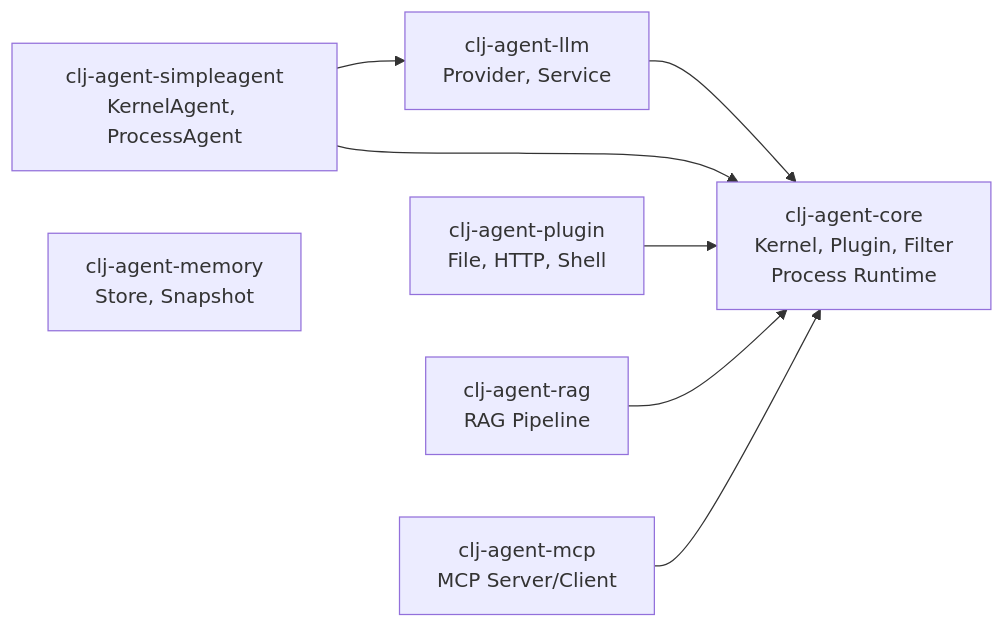
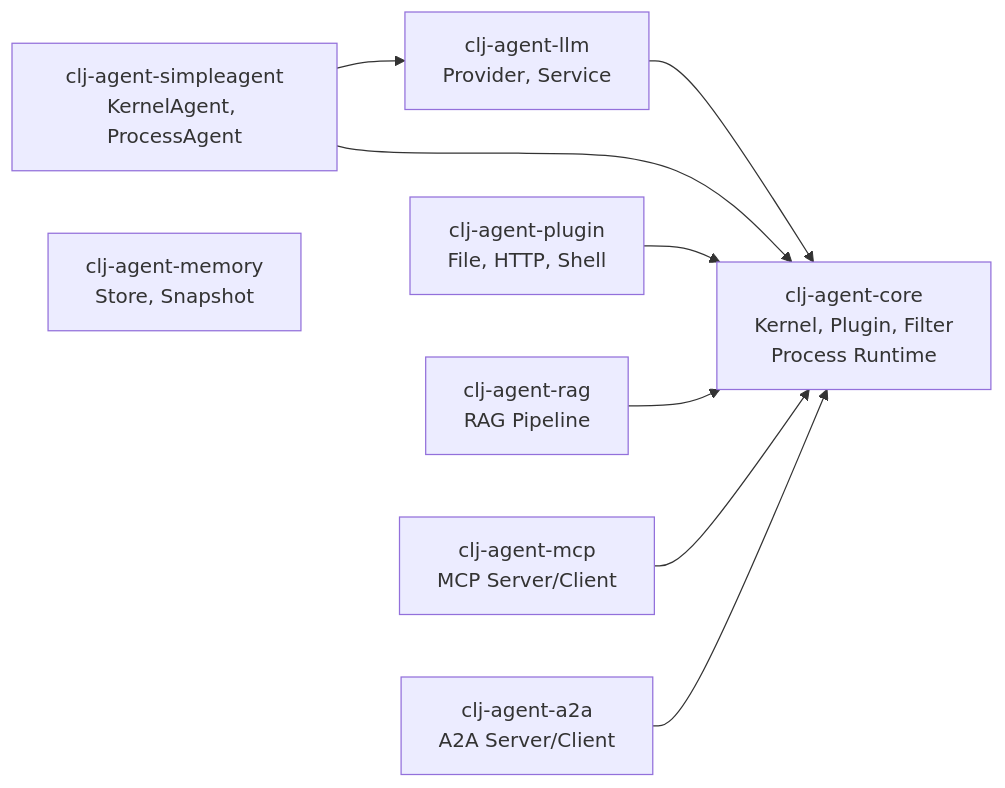
Before and after one commit to TTalkPro/clj-agent: the second of 2 diagrams in README.md, drawn with Mermaid. The commit also changed other lines of this file and 12 other files, not shown here.

````diff
--- a/README.md
+++ b/README.md
@@ -118,17 +121,19 @@
 ```mermaid
 graph LR
     core[clj-agent-core<br/>Kernel, Plugin, Filter<br/>Process Runtime]
     llm[clj-agent-llm<br/>Provider, Service]
     sa[clj-agent-simpleagent<br/>KernelAgent, ProcessAgent]
     plugin[clj-agent-plugin<br/>File, HTTP, Shell]
     rag[clj-agent-rag<br/>RAG Pipeline]
     memory[clj-agent-memory<br/>Store, Snapshot]
     mcp[clj-agent-mcp<br/>MCP Server/Client]
+    a2a[clj-agent-a2a<br/>A2A Server/Client]
 
     llm --> core
     sa --> core
     sa --> llm
     plugin --> core
     rag --> core
     mcp --> core
+    a2a --> core
 ```
````
